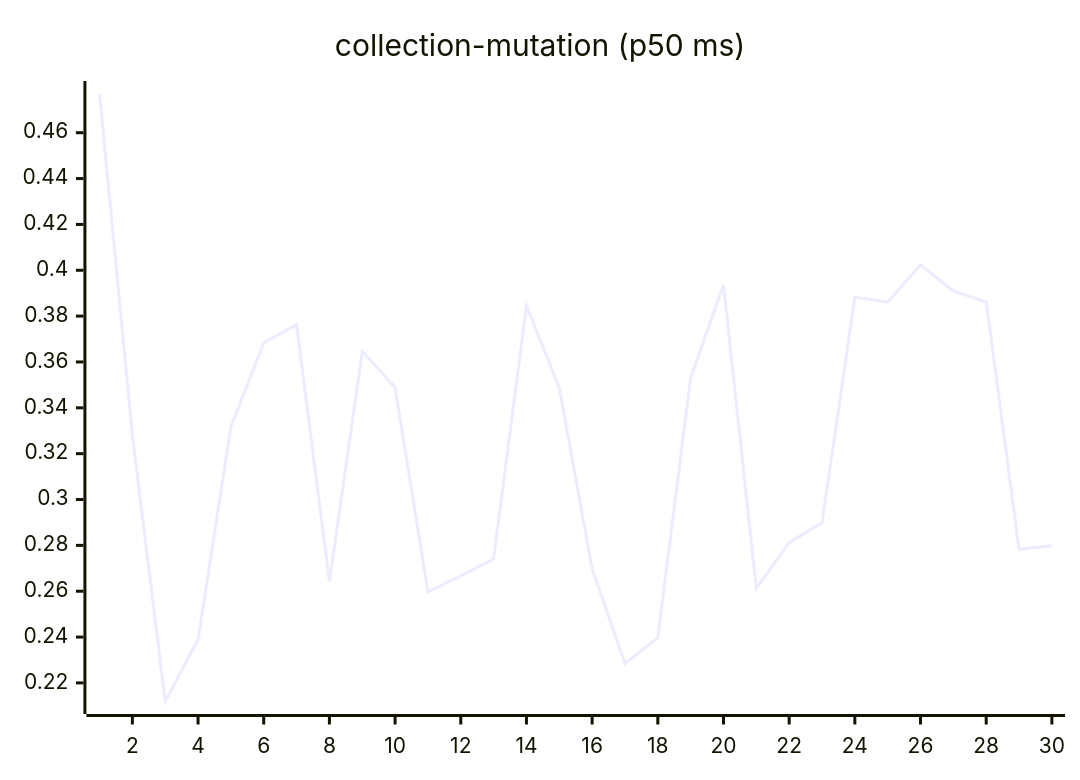
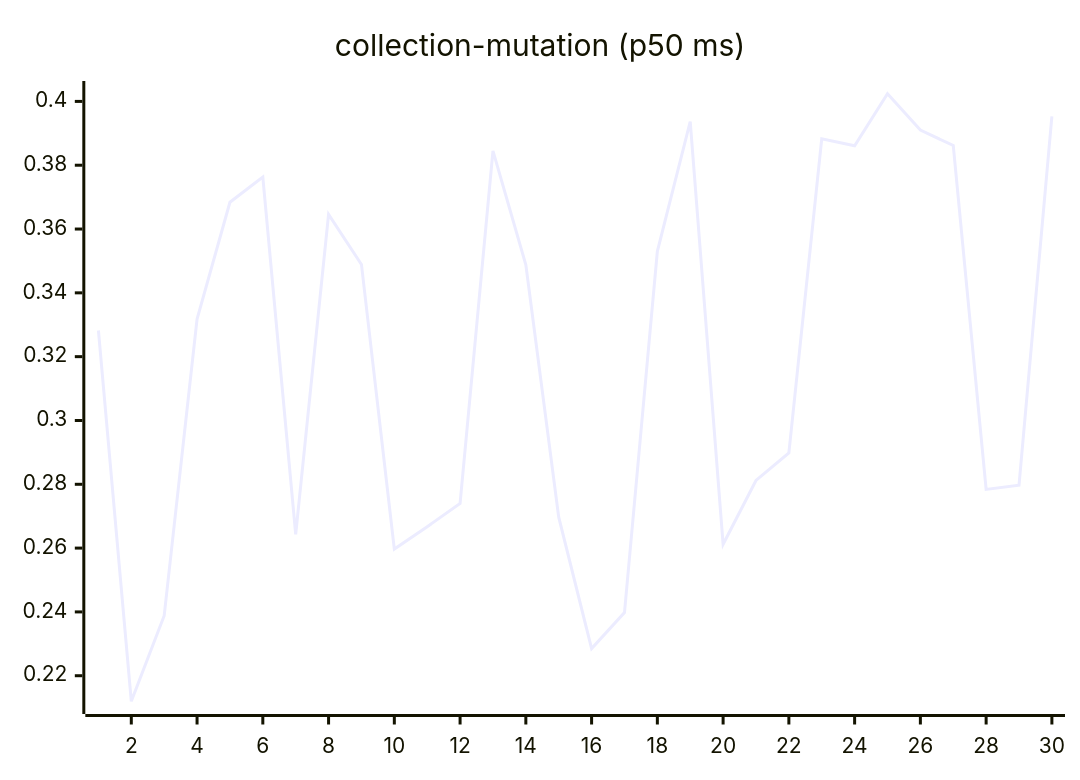
One commit to josha/Facet changed the sixth of 27 diagrams in README.md. Above: the diagram before and after it, drawn with Mermaid. The commit also changed other lines of this file and 2 other files, not shown here.

````diff
--- a/README.md
+++ b/README.md
@@ -98,6 +98,6 @@
 ```mermaid
 xychart-beta
     title "collection-mutation (p50 ms)"
     x-axis 1 --> 30
-    line [0.4770, 0.3282, 0.2120, 0.2388, 0.3318, 0.3684, 0.3763, 0.2643, 0.3646, 0.3489, 0.2597, 0.2667, 0.2740, 0.3845, 0.3488, 0.2697, 0.2285, 0.2398, 0.3530, 0.3937, 0.2612, 0.2812, 0.2898, 0.3883, 0.3861, 0.4024, 0.3910, 0.3862, 0.2784, 0.2797]
+    line [0.3282, 0.2120, 0.2388, 0.3318, 0.3684, 0.3763, 0.2643, 0.3646, 0.3489, 0.2597, 0.2667, 0.2740, 0.3845, 0.3488, 0.2697, 0.2285, 0.2398, 0.3530, 0.3937, 0.2612, 0.2812, 0.2898, 0.3883, 0.3861, 0.4024, 0.3910, 0.3862, 0.2784, 0.2797, 0.3953]
 ```
````
